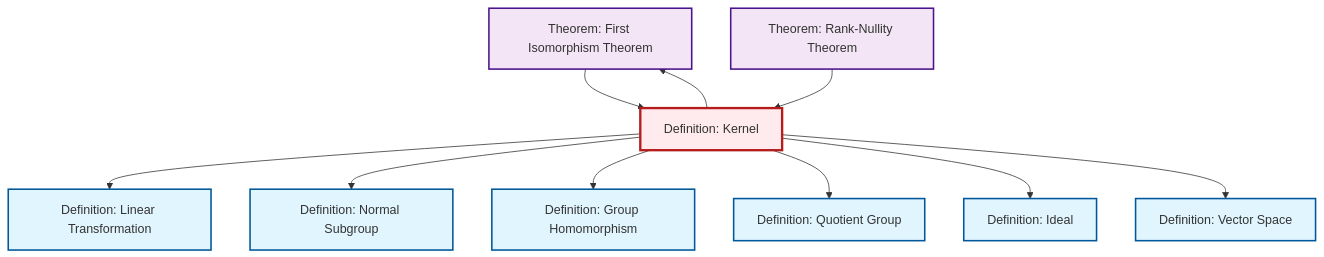
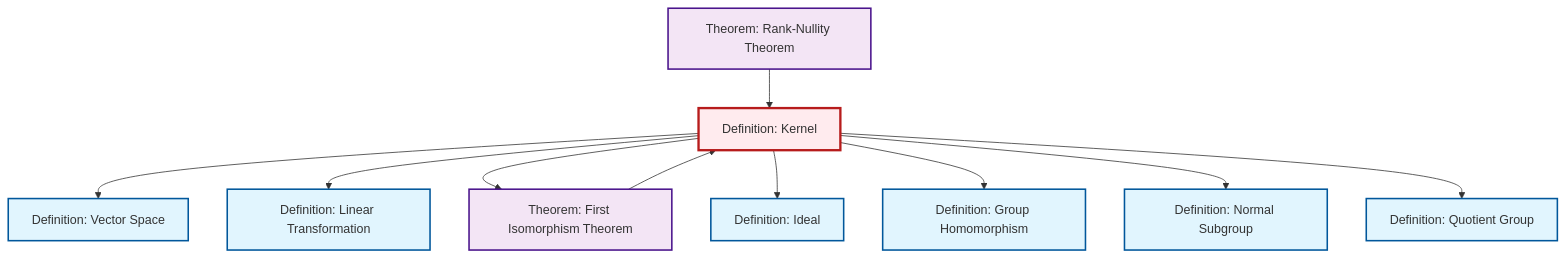
Before and after one commit to RK0429/ModernMath: the diagram in content/ja/algebra/def-kernel.qmd, drawn with Mermaid. The commit also changed other lines of this file and 531 other files, not shown here.

````diff
--- a/content/ja/algebra/def-kernel.qmd
+++ b/content/ja/algebra/def-kernel.qmd
@@ -80,36 +80,36 @@
 ```{mermaid}
 %%| fig-cap: "Local dependency graph"
 graph TD
     classDef definition fill:#e1f5fe,stroke:#01579b,stroke-width:2px
     classDef theorem fill:#f3e5f5,stroke:#4a148c,stroke-width:2px
     classDef axiom fill:#fff3e0,stroke:#e65100,stroke-width:2px
     classDef example fill:#e8f5e9,stroke:#1b5e20,stroke-width:2px
     classDef current fill:#ffebee,stroke:#b71c1c,stroke-width:3px
+    def-ideal["Definition: Ideal"]:::definition
+    def-quotient-group["Definition: Quotient Group"]:::definition
+    thm-rank-nullity["Theorem: Rank-Nullity Theorem"]:::theorem
+    thm-first-isomorphism["Theorem: First Isomorphism Theorem"]:::theorem
     def-normal-subgroup["Definition: Normal Subgroup"]:::definition
-    thm-first-isomorphism["Theorem: First Isomorphism Theorem"]:::theorem
+    def-linear-transformation["Definition: Linear Transformation"]:::definition
+    def-vector-space["Definition: Vector Space"]:::definition
     def-kernel["Definition: Kernel"]:::definition
-    def-ideal["Definition: Ideal"]:::definition
     def-homomorphism["Definition: Group Homomorphism"]:::definition
-    thm-rank-nullity["Theorem: Rank-Nullity Theorem"]:::theorem
-    def-vector-space["Definition: Vector Space"]:::definition
-    def-quotient-group["Definition: Quotient Group"]:::definition
-    def-linear-transformation["Definition: Linear Transformation"]:::definition
+    def-kernel --> def-vector-space
     def-kernel --> def-linear-transformation
+    def-kernel --> thm-first-isomorphism
+    def-kernel --> def-ideal
+    def-kernel --> def-homomorphism
+    def-kernel --> def-normal-subgroup
+    def-kernel --> def-quotient-group
     thm-first-isomorphism --> def-kernel
-    def-kernel --> def-normal-subgroup
     thm-rank-nullity --> def-kernel
-    def-kernel --> def-homomorphism
-    def-kernel --> def-quotient-group
-    def-kernel --> def-ideal
-    def-kernel --> thm-first-isomorphism
-    def-kernel --> def-vector-space
     class def-kernel current
+    click def-ideal "def-ideal.html" "Definition: Idealへ"
+    click def-quotient-group "def-quotient-group.html" "Definition: Quotient Groupへ"
+    click thm-rank-nullity "thm-rank-nullity.html" "Theorem: Rank-Nullity Theoremへ"
+    click thm-first-isomorphism "thm-first-isomorphism.html" "Theorem: First Isomorphism Theoremへ"
     click def-normal-subgroup "def-normal-subgroup.html" "Definition: Normal Subgroupへ"
-    click thm-first-isomorphism "thm-first-isomorphism.html" "Theorem: First Isomorphism Theoremへ"
-    click def-ideal "def-ideal.html" "Definition: Idealへ"
+    click def-linear-transformation "def-linear-transformation.html" "Definition: Linear Transformationへ"
+    click def-vector-space "def-vector-space.html" "Definition: Vector Spaceへ"
     click def-homomorphism "def-homomorphism.html" "Definition: Group Homomorphismへ"
-    click thm-rank-nullity "thm-rank-nullity.html" "Theorem: Rank-Nullity Theoremへ"
-    click def-vector-space "def-vector-space.html" "Definition: Vector Spaceへ"
-    click def-quotient-group "def-quotient-group.html" "Definition: Quotient Groupへ"
-    click def-linear-transformation "def-linear-transformation.html" "Definition: Linear Transformationへ"
 ```
````
